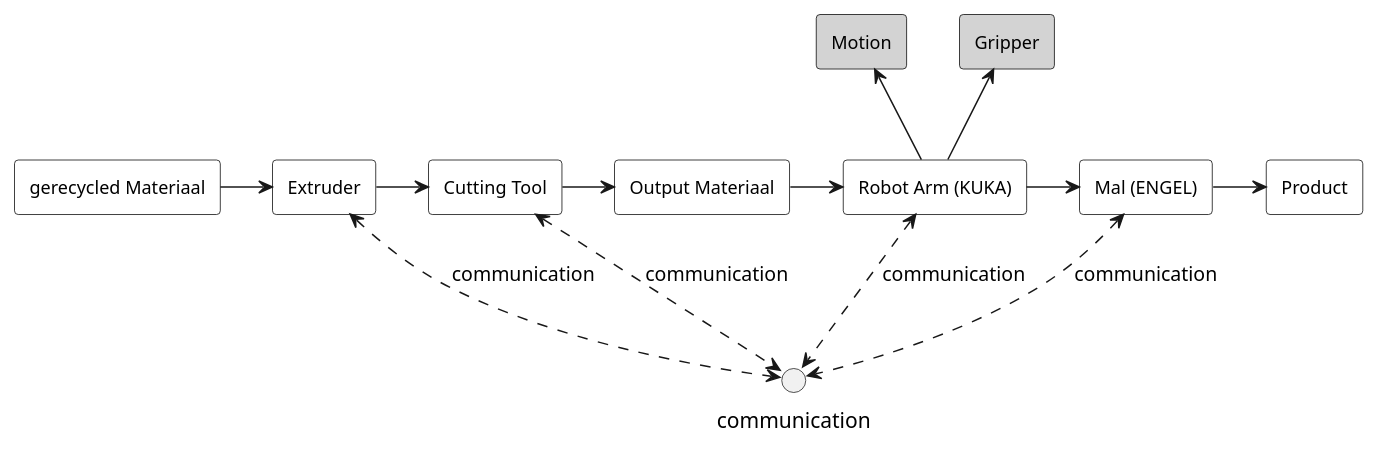
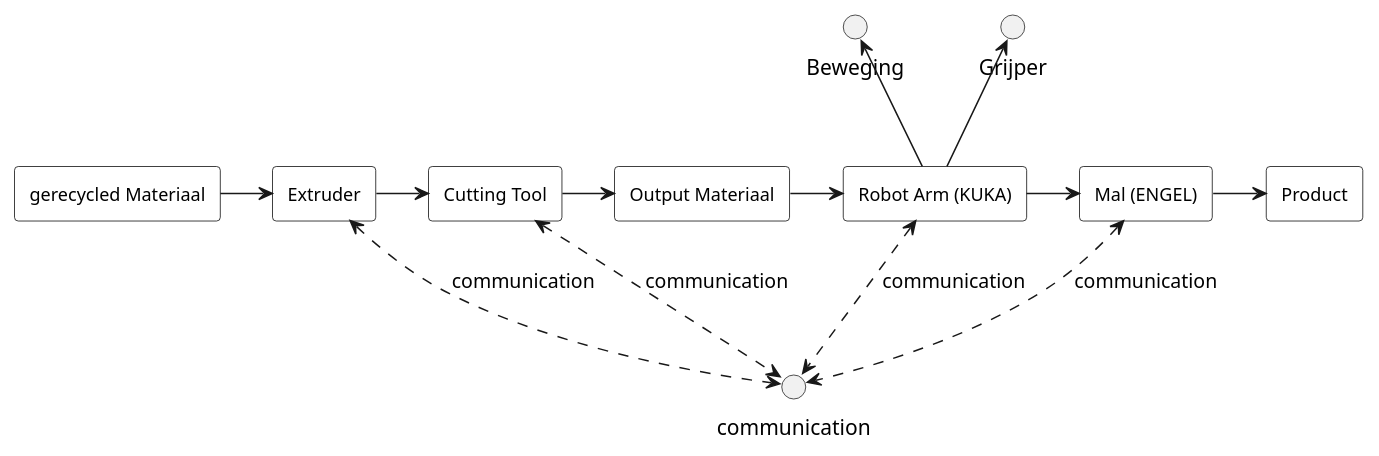
One commit to ProcessSafetyLFTGroup/GroupAssignment changed the first of 2 diagrams in src/2_Handling_Process.md. Above: the diagram before and after it, drawn with PlantUML.

Commit message:
inerface diagram aangepast

````diff
--- a/src/2_Handling_Process.md
+++ b/src/2_Handling_Process.md
@@ -5,41 +5,36 @@
 ```plantuml
 @startuml interface Diagram
 skinparam rectangle {
     BackgroundColor white
     BorderColor black
     FontSize 12
 }
 
 
 rectangle "gerecycled Materiaal" as GerecycledMateriaal
 rectangle "Extruder" as Extruder
 rectangle "Cutting Tool" as CuttingTool
 rectangle "Output Materiaal" as OutputMateriaal
 rectangle "Robot Arm (KUKA)" as KUKA
 rectangle "Mal (ENGEL)" as Mal
 rectangle "Product" as Product
 
 
 GerecycledMateriaal -right-> Extruder 
 Extruder -right-> CuttingTool 
 CuttingTool -right-> OutputMateriaal
 OutputMateriaal -right-> KUKA
 KUKA -right-> Mal
 Mal -right-> Product 
 
 Extruder <..> communication: "communication"
 CuttingTool <..> communication: "communication"
 KUKA <..> communication: "communication"
 Mal <..> communication: "communication"
 
 
-
-rectangle "Motion" as Motion #lightgrey
-rectangle "Gripper" as Gripper #lightgrey
-
-
-KUKA-up-> Gripper 
-KUKA -up-> Motion
+KUKA-up-> Grijper 
+KUKA -up-> Beweging
 
 @enduml
 ```
````
